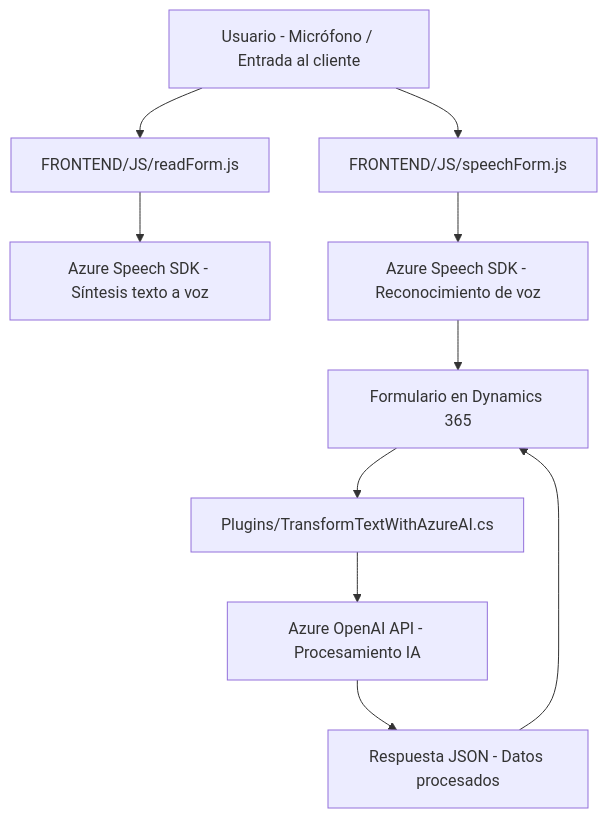
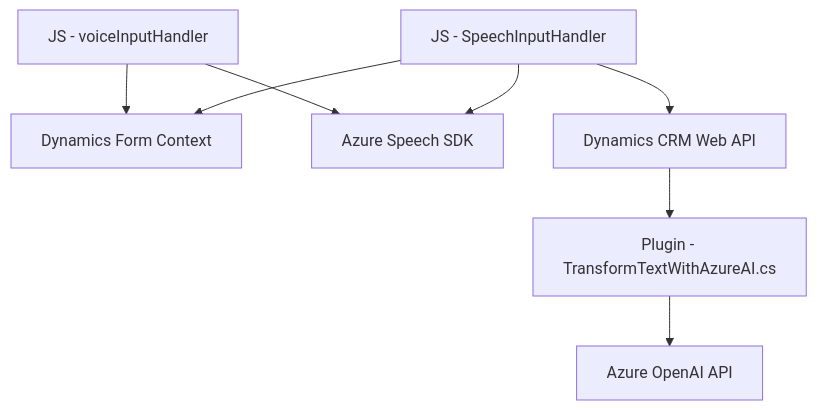
The diagram in README.md (blopezdm/NETCORE_BILBAO2025), drawn with Mermaid before and after one commit. The commit also changed other lines of this file, not shown here.

````diff
--- a/README.md
+++ b/README.md
@@ -54,12 +40,18 @@
 ```mermaid
 graph TD
-    A["Usuario - Micrófono / Entrada al cliente"] --> B["FRONTEND/JS/readForm.js"]
-    A --> C["FRONTEND/JS/speechForm.js"]
-    B --> D["Azure Speech SDK - Síntesis texto a voz"]
-    C --> E["Azure Speech SDK - Reconocimiento de voz"]
-    E --> F["Formulario en Dynamics 365"]
-    F --> G["Plugins/TransformTextWithAzureAI.cs"]
-    G --> H["Azure OpenAI API - Procesamiento IA"]
-    H --> I["Respuesta JSON - Datos procesados"]
-    I --> F
+    Frontend["JS - voiceInputHandler"]
+    Form["Dynamics Form Context"] 
+    SpeechSDK["Azure Speech SDK"]
+    InputHandler["JS - SpeechInputHandler"]
+    Plugin["Plugin - TransformTextWithAzureAI.cs"] 
+    AzureAI["Azure OpenAI API"]
+    CRM["Dynamics CRM Web API"]
+
+    Frontend --> SpeechSDK
+    Frontend --> Form
+    InputHandler --> SpeechSDK
+    InputHandler --> Form
+    InputHandler --> CRM
+    CRM --> Plugin
+    Plugin --> AzureAI
 ```
````
